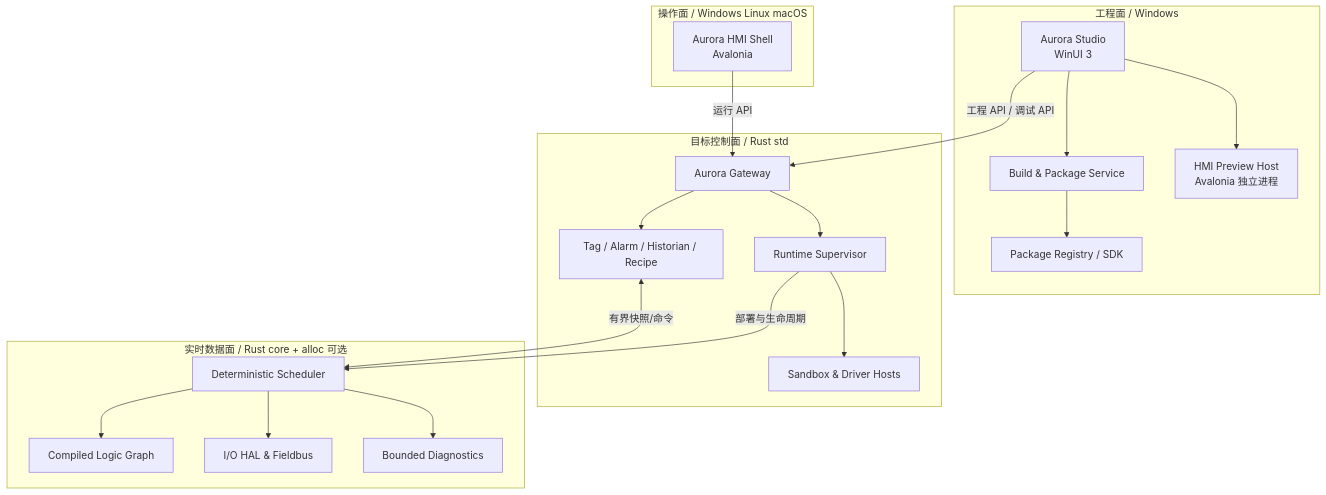
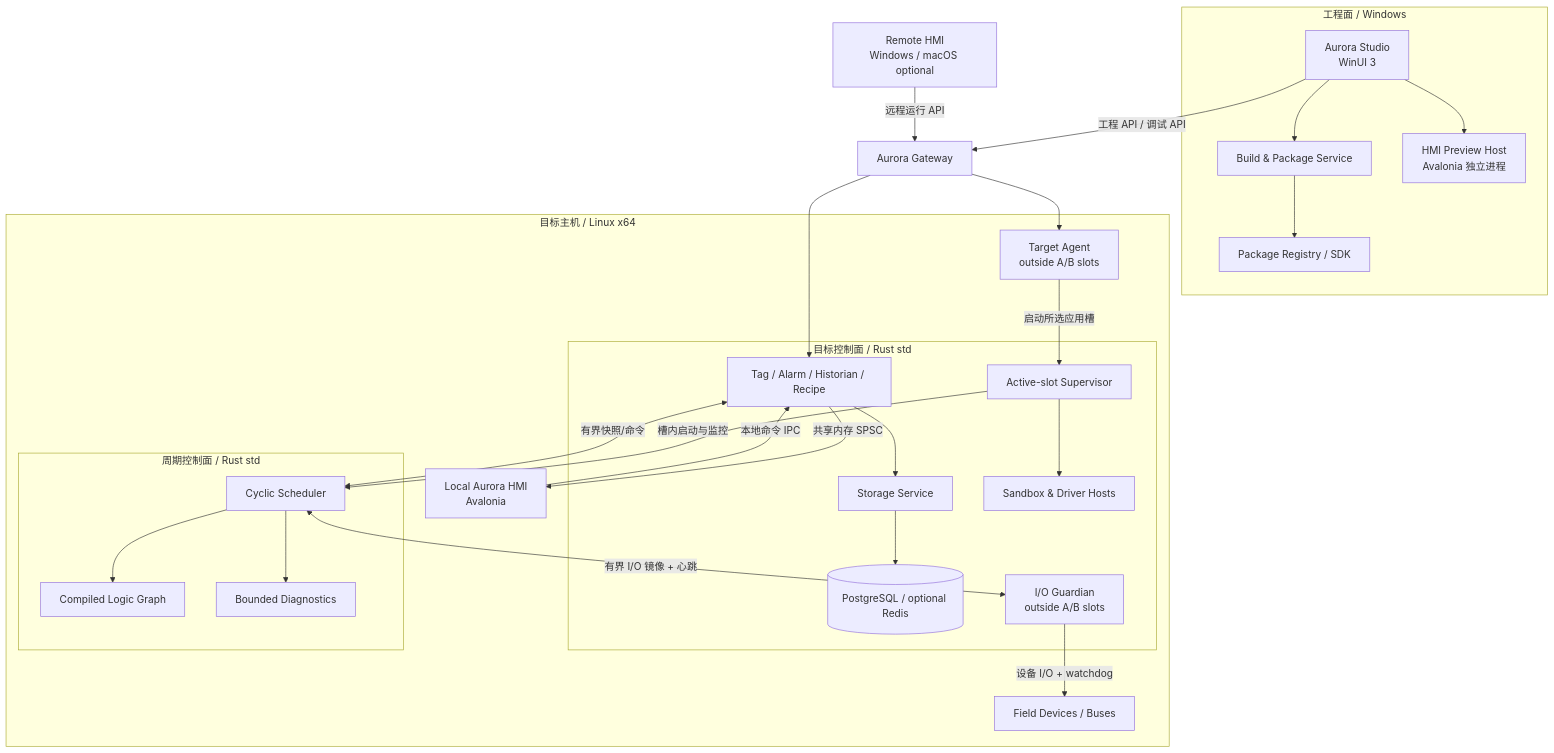
One commit to leng125172-code/AuroraApp changed the first of 3 diagrams in Documents/Architecture/Aurora-Platform-Architecture.md. Above: the diagram before and after it, drawn with Mermaid. The commit also changed other lines of this file and 3 other files, not shown here.

Commit message:
docs(architecture): finalize Aurora platform architecture

````diff
--- a/Documents/Architecture/Aurora-Platform-Architecture.md
+++ b/Documents/Architecture/Aurora-Platform-Architecture.md
@@ -53,41 +70,52 @@
 ```mermaid
 flowchart TB
     subgraph Engineering[工程面 / Windows]
         Studio[Aurora Studio<br/>WinUI 3]
         Build[Build & Package Service]
         Preview[HMI Preview Host<br/>Avalonia 独立进程]
         Registry[Package Registry / SDK]
     end
 
-    subgraph Operation[操作面 / Windows Linux macOS]
-        HMI[Aurora HMI Shell<br/>Avalonia]
-    end
+    Gateway[Aurora Gateway]
+    RemoteHMI[Remote HMI<br/>Windows / macOS optional]
 
-    subgraph Control[目标控制面 / Rust std]
-        Gateway[Aurora Gateway]
-        Supervisor[Runtime Supervisor]
-        Services[Tag / Alarm / Historian / Recipe]
-        PluginHost[Sandbox & Driver Hosts]
-    end
+    subgraph Target[目标主机 / Linux x64]
+        HMI[Local Aurora HMI<br/>Avalonia]
+        Agent[Target Agent<br/>outside A/B slots]
+        subgraph Control[目标控制面 / Rust std]
+            Supervisor[Active-slot Supervisor]
+            Services[Tag / Alarm / Historian / Recipe]
+            Storage[Storage Service]
+            Database[(PostgreSQL / optional Redis)]
+            PluginHost[Sandbox & Driver Hosts]
+            Guardian[I/O Guardian<br/>outside A/B slots]
+        end
 
-    subgraph Realtime[实时数据面 / Rust core + alloc 可选]
-        Scheduler[Deterministic Scheduler]
-        Logic[Compiled Logic Graph]
-        IO[I/O HAL & Fieldbus]
-        RTDiag[Bounded Diagnostics]
+        subgraph Cyclic[周期控制面 / Rust std]
+            Scheduler[Cyclic Scheduler]
+            Logic[Compiled Logic Graph]
+            ControlDiag[Bounded Diagnostics]
+        end
+        IO[Field Devices / Buses]
     end
 
     Studio -->|工程 API / 调试 API| Gateway
     Studio --> Build
     Studio --> Preview
     Build --> Registry
-    HMI -->|运行 API| Gateway
-    Gateway --> Supervisor
+    RemoteHMI -->|远程运行 API| Gateway
+    HMI -->|本地命令 IPC| Services
+    Services -->|共享内存 SPSC| HMI
+    Gateway --> Agent
     Gateway --> Services
+    Agent -->|启动所选应用槽| Supervisor
+    Services --> Storage
+    Storage --> Database
     Supervisor --> PluginHost
-    Supervisor -->|部署与生命周期| Scheduler
+    Supervisor -->|槽内启动与监控| Scheduler
     Services <-->|有界快照/命令| Scheduler
     Scheduler --> Logic
-    Scheduler --> IO
-    Scheduler --> RTDiag
+    Scheduler <-->|有界 I/O 镜像 + 心跳| Guardian
+    Guardian -->|设备 I/O + watchdog| IO
+    Scheduler --> ControlDiag
 ```
````
